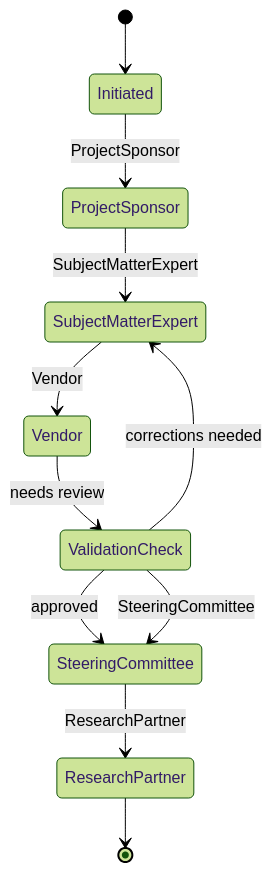
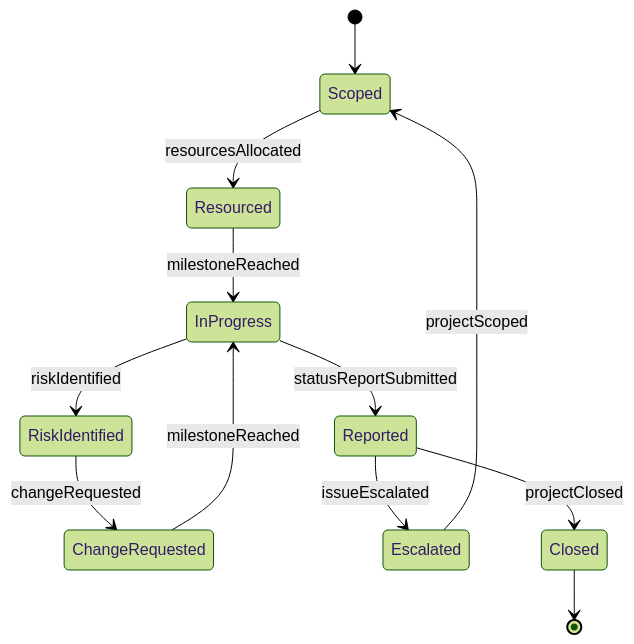
Before and after one commit to dot-org-ai/tasks.org.ai: the second of 4 diagrams in GuidingDirectingAndMotivatingSubordinates/DirectOrganizationalOperationsActivitiesOrProcedures/ManageOperationsResearchLogisticsProjects.mdx, drawn with Mermaid (forest theme). The commit also changed other lines of this file and 515 other files, not shown here.

````diff
--- a/GuidingDirectingAndMotivatingSubordinates/DirectOrganizationalOperationsActivitiesOrProcedures/ManageOperationsResearchLogisticsProjects.mdx
+++ b/GuidingDirectingAndMotivatingSubordinates/DirectOrganizationalOperationsActivitiesOrProcedures/ManageOperationsResearchLogisticsProjects.mdx
@@ -103,13 +106,14 @@
 ```mermaid
 stateDiagram-v2
-    [*] --> Initiated
-    Initiated --> ProjectSponsor: ProjectSponsor
-    ProjectSponsor --> SubjectMatterExpert: SubjectMatterExpert
-    SubjectMatterExpert --> Vendor: Vendor
-    Vendor --> ValidationCheck: needs review
-    ValidationCheck --> SubjectMatterExpert: corrections needed
-    ValidationCheck --> SteeringCommittee: approved
-    ValidationCheck --> SteeringCommittee: SteeringCommittee
-    SteeringCommittee --> ResearchPartner: ResearchPartner
-    ResearchPartner --> [*]
+    [*] --> Scoped
+    Scoped --> Resourced : resourcesAllocated
+    Resourced --> InProgress : milestoneReached
+    InProgress --> RiskIdentified : riskIdentified
+    RiskIdentified --> ChangeRequested : changeRequested
+    ChangeRequested --> InProgress : milestoneReached
+    InProgress --> Reported : statusReportSubmitted
+    Reported --> Escalated : issueEscalated
+    Escalated --> Scoped : projectScoped
+    Reported --> Closed : projectClosed
+    Closed --> [*]
 ```
````
